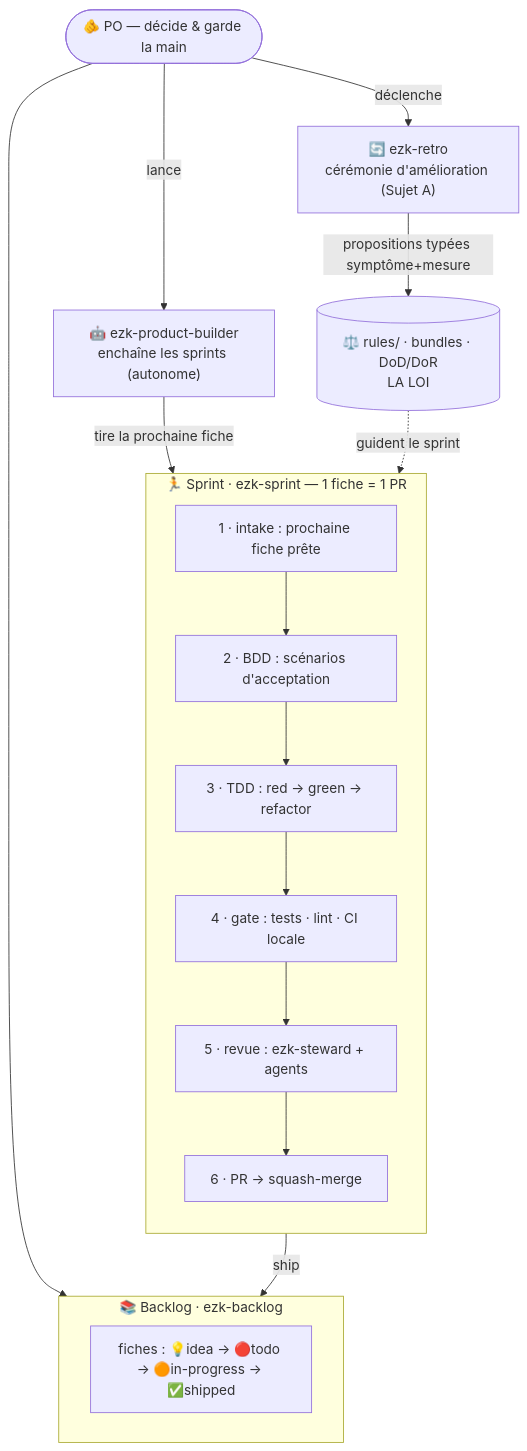
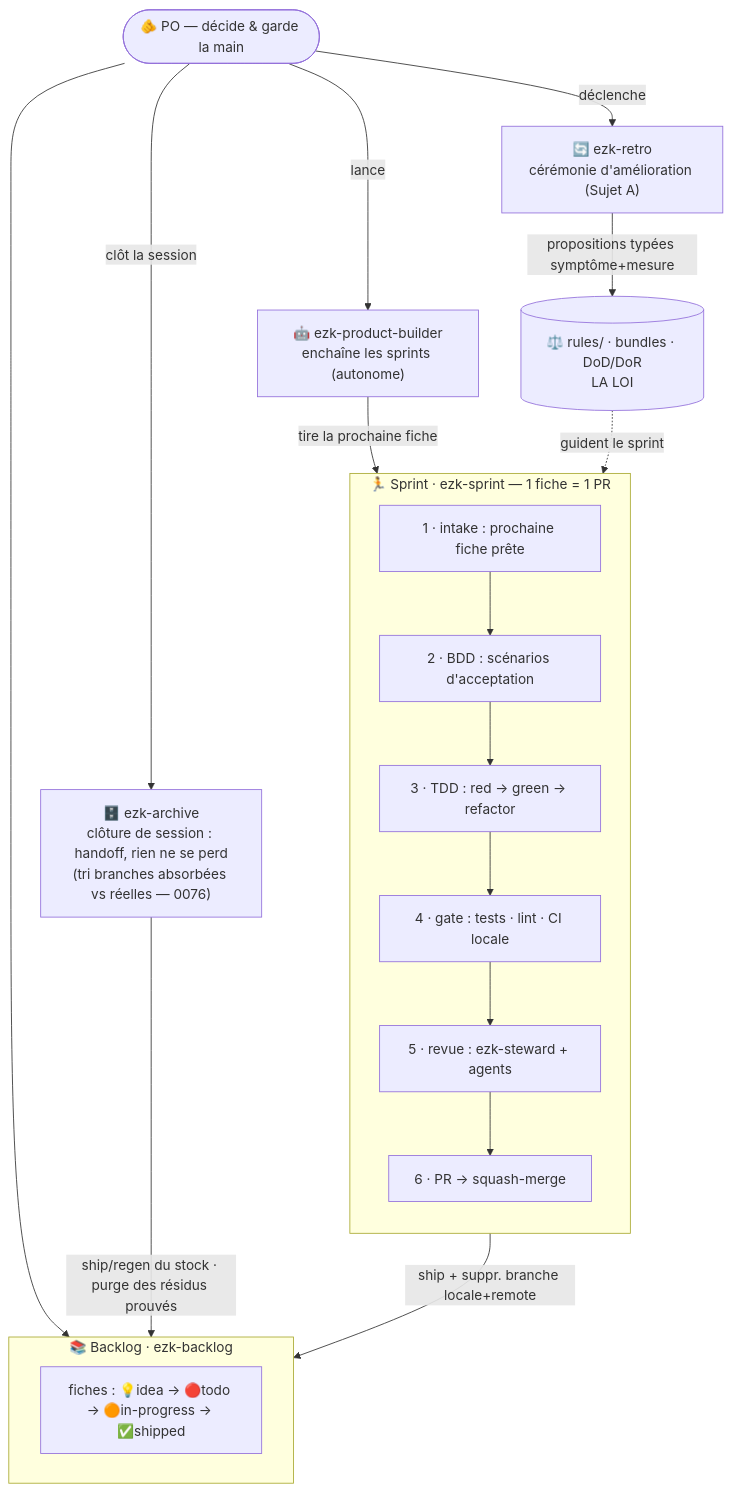
Before and after one commit to elzinko/vectorz: the first of 3 diagrams in products/mega-city/docs/method-map.md, drawn with Mermaid. The commit also changed other lines of this file and 7 other files, not shown here.

First line of the commit message:
feat(ezk-archive): hygiène de branches post-squash — classification absorbée/réelle + purge aux 2 chemins de merge (0076) (#31)

````diff
--- a/products/mega-city/docs/method-map.md
+++ b/products/mega-city/docs/method-map.md
@@ -20,24 +20,27 @@
 ```mermaid
 flowchart TB
     PO(["🫵 PO — décide & garde la main"])
     subgraph BL["📚 Backlog · ezk-backlog"]
         F["fiches : 💡idea → 🔴todo → 🟠in-progress → ✅shipped"]
     end
     PB["🤖 ezk-product-builder<br/>enchaîne les sprints (autonome)"]
     subgraph SP["🏃 Sprint · ezk-sprint — 1 fiche = 1 PR"]
         direction TB
         S1["1 · intake : prochaine fiche prête"] --> S2["2 · BDD : scénarios d'acceptation"]
         S2 --> S3["3 · TDD : red → green → refactor"] --> S4["4 · gate : tests · lint · CI locale"]
         S4 --> S5["5 · revue : ezk-steward + agents"] --> S6["6 · PR → squash-merge"]
     end
     RETRO["🔄 ezk-retro<br/>cérémonie d'amélioration (Sujet A)"]
+    ARCH["🗄️ ezk-archive<br/>clôture de session : handoff, rien ne se perd<br/>(tri branches absorbées vs réelles — 0076)"]
     RULES[("⚖️ rules/ · bundles · DoD/DoR<br/>LA LOI")]
 
     PO --> BL
     PO -->|lance| PB
     PB -->|tire la prochaine fiche| SP
-    S6 -->|ship| BL
+    S6 -->|ship + suppr. branche locale+remote| BL
     RULES -.->|guident le sprint| SP
     PO -->|déclenche| RETRO
     RETRO -->|propositions typées symptôme+mesure| RULES
+    PO -->|clôt la session| ARCH
+    ARCH -->|ship/regen du stock · purge des résidus prouvés| BL
 ```
````
